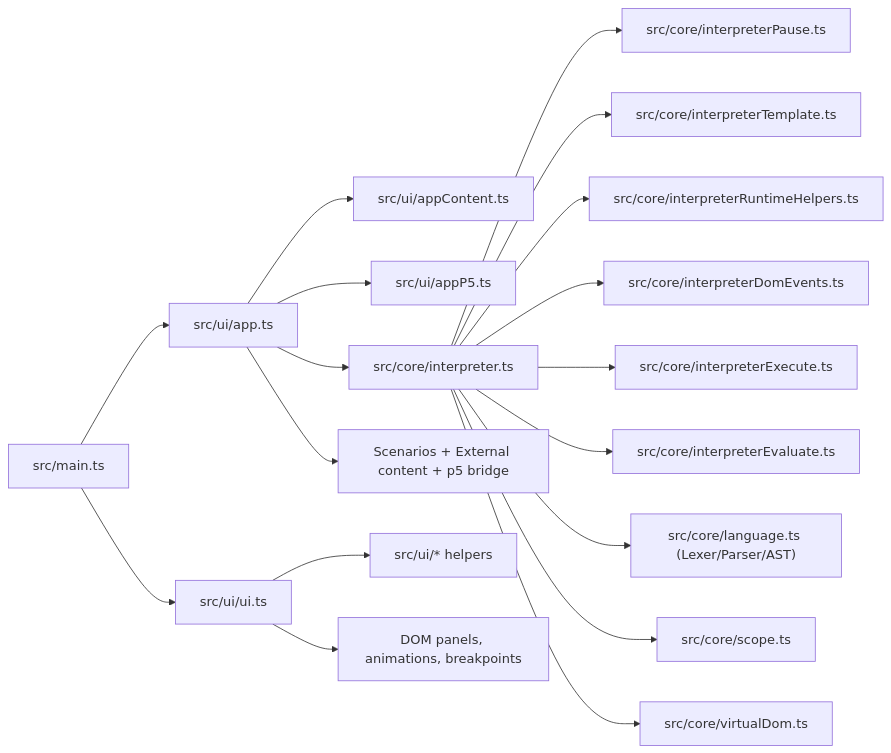
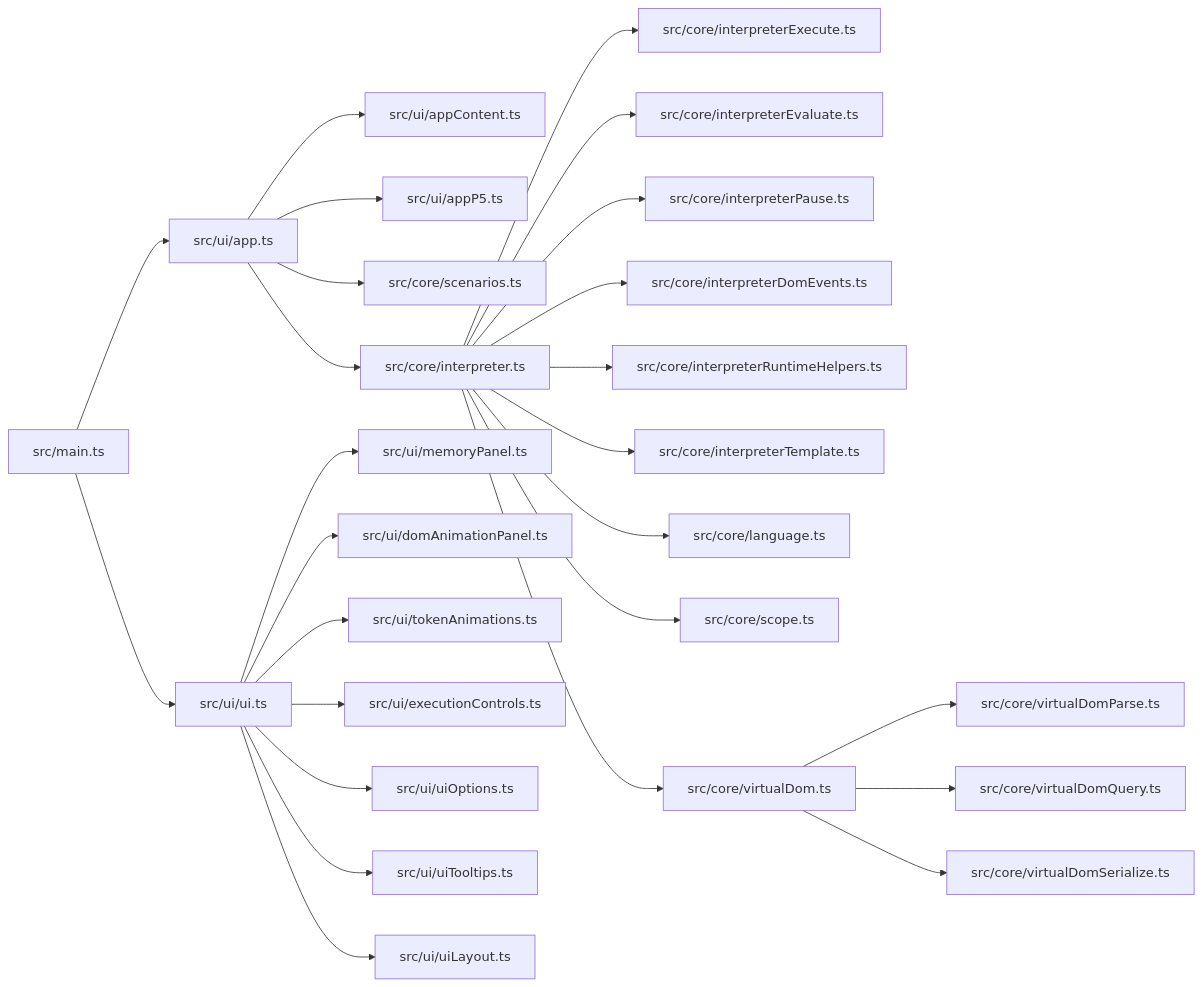
Before and after one commit to molinette505/HTMLJavascriptVisualizer: the diagram in README.md, drawn with Mermaid. The commit also changed other lines of this file and 14 other files, not shown here.

````diff
--- a/README.md
+++ b/README.md
@@ -46,20 +48,28 @@
 ```mermaid
 flowchart LR
   A["src/main.ts"] --> B["src/ui/app.ts"]
+  A --> C["src/ui/ui.ts"]
   B --> B1["src/ui/appContent.ts"]
   B --> B2["src/ui/appP5.ts"]
-  A --> C["src/ui/ui.ts"]
+  B --> S["src/core/scenarios.ts"]
   B --> D["src/core/interpreter.ts"]
-  D --> D1["src/core/interpreterPause.ts"]
-  D --> D2["src/core/interpreterTemplate.ts"]
-  D --> D3["src/core/interpreterRuntimeHelpers.ts"]
+  D --> D1["src/core/interpreterExecute.ts"]
+  D --> D2["src/core/interpreterEvaluate.ts"]
+  D --> D3["src/core/interpreterPause.ts"]
   D --> D4["src/core/interpreterDomEvents.ts"]
-  D --> D5["src/core/interpreterExecute.ts"]
-  D --> D6["src/core/interpreterEvaluate.ts"]
-  D --> E["src/core/language.ts (Lexer/Parser/AST)"]
+  D --> D5["src/core/interpreterRuntimeHelpers.ts"]
+  D --> D6["src/core/interpreterTemplate.ts"]
+  D --> E["src/core/language.ts"]
   D --> F["src/core/scope.ts"]
   D --> G["src/core/virtualDom.ts"]
-  C --> H["src/ui/* helpers"]
-  C --> I["DOM panels, animations, breakpoints"]
-  B --> J["Scenarios + External content + p5 bridge"]
+  G --> G1["src/core/virtualDomParse.ts"]
+  G --> G2["src/core/virtualDomQuery.ts"]
+  G --> G3["src/core/virtualDomSerialize.ts"]
+  C --> U1["src/ui/memoryPanel.ts"]
+  C --> U2["src/ui/domAnimationPanel.ts"]
+  C --> U3["src/ui/tokenAnimations.ts"]
+  C --> U4["src/ui/executionControls.ts"]
+  C --> U5["src/ui/uiOptions.ts"]
+  C --> U6["src/ui/uiTooltips.ts"]
+  C --> U7["src/ui/uiLayout.ts"]
 ```
````
